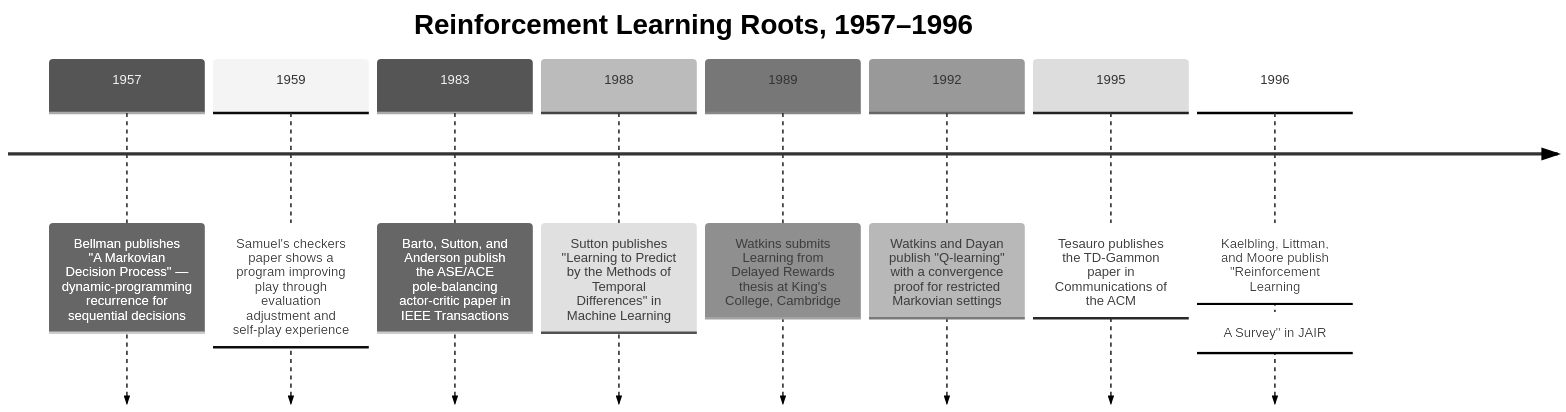
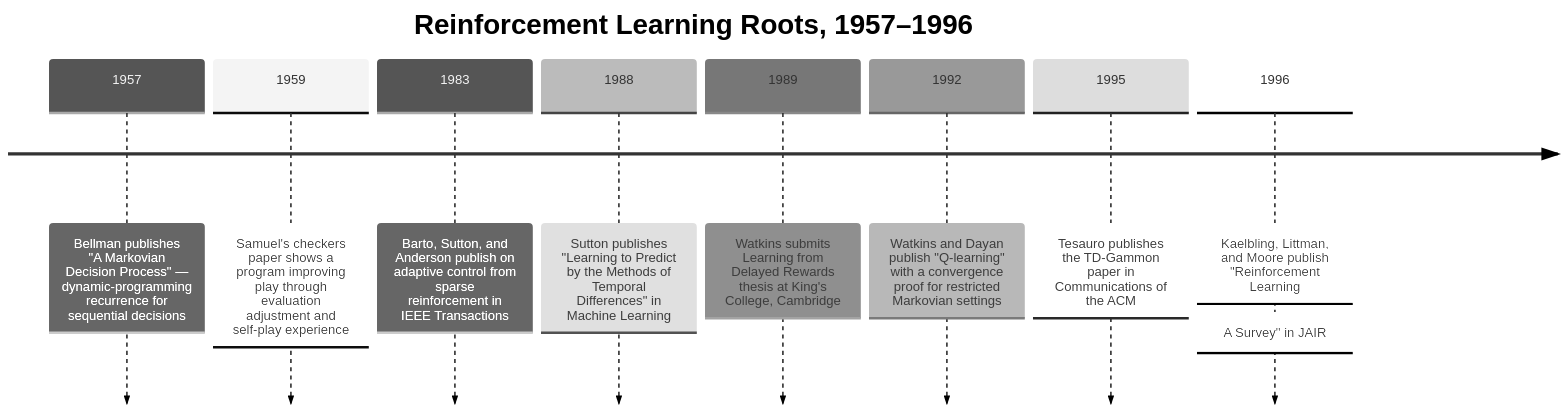
The diagram in src/content/docs/ai-history/ch-31-reinforcement-learning-roots.md (krisztiankoos/kubedojo), drawn with Mermaid (neutral theme) before and after one commit. The commit also changed other lines of this file and 2 other files, not shown here.

````diff
--- a/src/content/docs/ai-history/ch-31-reinforcement-learning-roots.md
+++ b/src/content/docs/ai-history/ch-31-reinforcement-learning-roots.md
@@ -30,12 +30,12 @@
 ```mermaid
 timeline
     title Reinforcement Learning Roots, 1957–1996
     1957 : Bellman publishes "A Markovian Decision Process" — dynamic-programming recurrence for sequential decisions
     1959 : Samuel's checkers paper shows a program improving play through evaluation adjustment and self-play experience
-    1983 : Barto, Sutton, and Anderson publish the ASE/ACE pole-balancing actor-critic paper in IEEE Transactions
+    1983 : Barto, Sutton, and Anderson publish on adaptive control from sparse reinforcement in IEEE Transactions
     1988 : Sutton publishes "Learning to Predict by the Methods of Temporal Differences" in Machine Learning
     1989 : Watkins submits Learning from Delayed Rewards thesis at King's College, Cambridge
     1992 : Watkins and Dayan publish "Q-learning" with a convergence proof for restricted Markovian settings
     1995 : Tesauro publishes the TD-Gammon paper in Communications of the ACM
     1996 : Kaelbling, Littman, and Moore publish "Reinforcement Learning: A Survey" in JAIR
 ```
````
